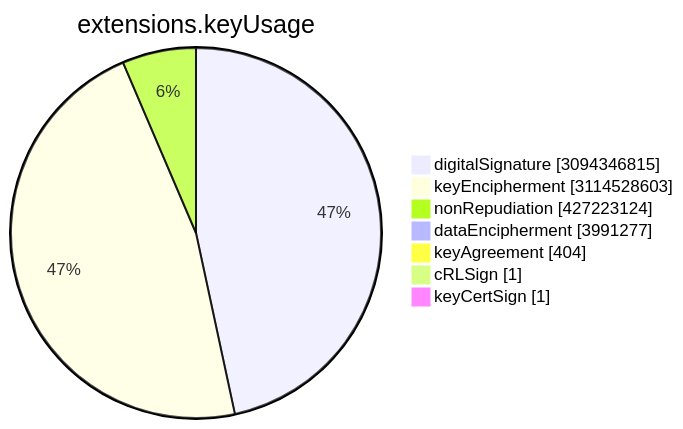
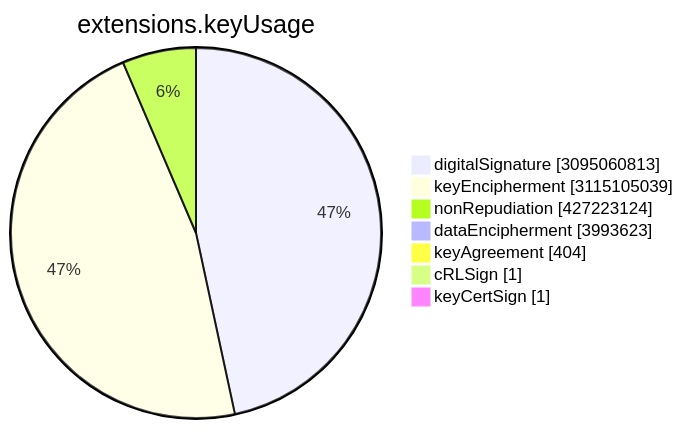
The sixth of 15 diagrams in TOTAL/README.md (christiankrug/ctmonitor_visualization), drawn with Mermaid before and after one commit. The commit also changed other lines of this file, not shown here.

````diff
--- a/TOTAL/README.md
+++ b/TOTAL/README.md
@@ -3077,11 +3077,11 @@
 ```mermaid
 pie showData
 title extensions.keyUsage
-"digitalSignature" :3094346815
-"keyEncipherment" :3114528603
+"digitalSignature" :3095060813
+"keyEncipherment" :3115105039
 "nonRepudiation" :427223124
-"dataEncipherment" :3991277
+"dataEncipherment" :3993623
 "keyAgreement" :404
 "cRLSign" :1
 "keyCertSign" :1
 ```
````
